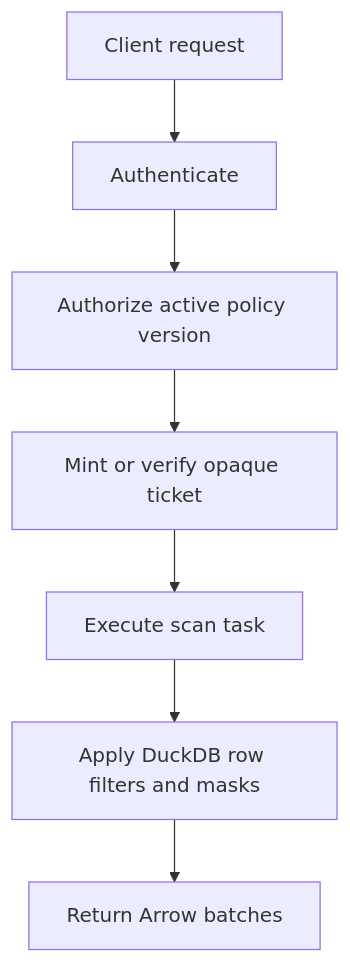
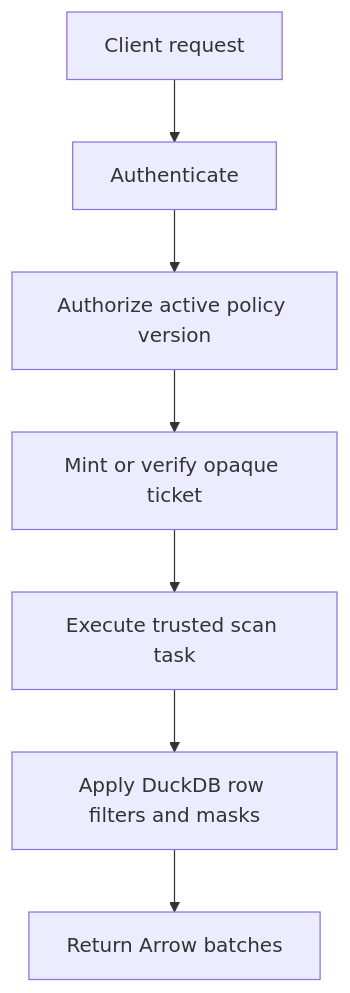
Before and after one commit to snithish/dal-obscura: the first of 3 diagrams in docs/security.md, drawn with Mermaid. The commit also changed other lines of this file and 10 other files, not shown here.

````diff
--- a/docs/security.md
+++ b/docs/security.md
@@ -8,9 +20,9 @@
 ```mermaid
 flowchart TD
     request["Client request"] --> auth["Authenticate"]
     auth --> policy["Authorize active policy version"]
     policy --> ticket["Mint or verify opaque ticket"]
-    ticket --> execute["Execute scan task"]
+    ticket --> execute["Execute trusted scan task"]
     execute --> transform["Apply DuckDB row filters and masks"]
     transform --> response["Return Arrow batches"]
 ```
````
